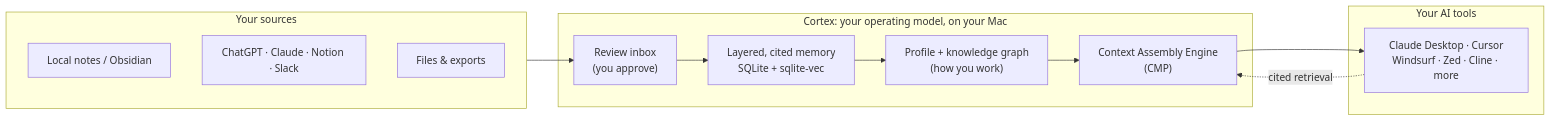
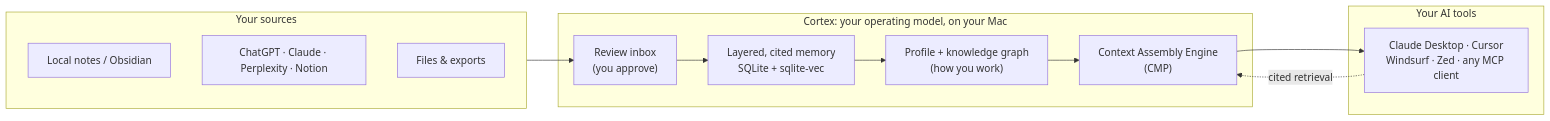
The diagram in README.md (sarptandoven/cortex-app), drawn with Mermaid before and after one commit. The commit also changed other lines of this file, not shown here.

````diff
--- a/README.md
+++ b/README.md
@@ -197,19 +79,19 @@
 ```mermaid
 flowchart LR
     subgraph SOURCES["Your sources"]
       A1["Local notes / Obsidian"]
-      A2["ChatGPT · Claude · Notion · Slack"]
+      A2["ChatGPT · Claude · Perplexity · Notion"]
       A3["Files & exports"]
     end
     subgraph CORTEX["Cortex: your operating model, on your Mac"]
       B1["Review inbox<br/>(you approve)"]
       B2["Layered, cited memory<br/>SQLite + sqlite-vec"]
       B4["Profile + knowledge graph<br/>(how you work)"]
       B3["Context Assembly Engine<br/>(CMP)"]
     end
     subgraph TOOLS["Your AI tools"]
-      C1["Claude Desktop · Cursor<br/>Windsurf · Zed · Cline · more"]
+      C1["Claude Desktop · Cursor<br/>Windsurf · Zed · any MCP client"]
     end
     SOURCES --> B1 --> B2 --> B4 --> B3 --> C1
     C1 -. "cited retrieval" .-> B3
 ```
````
